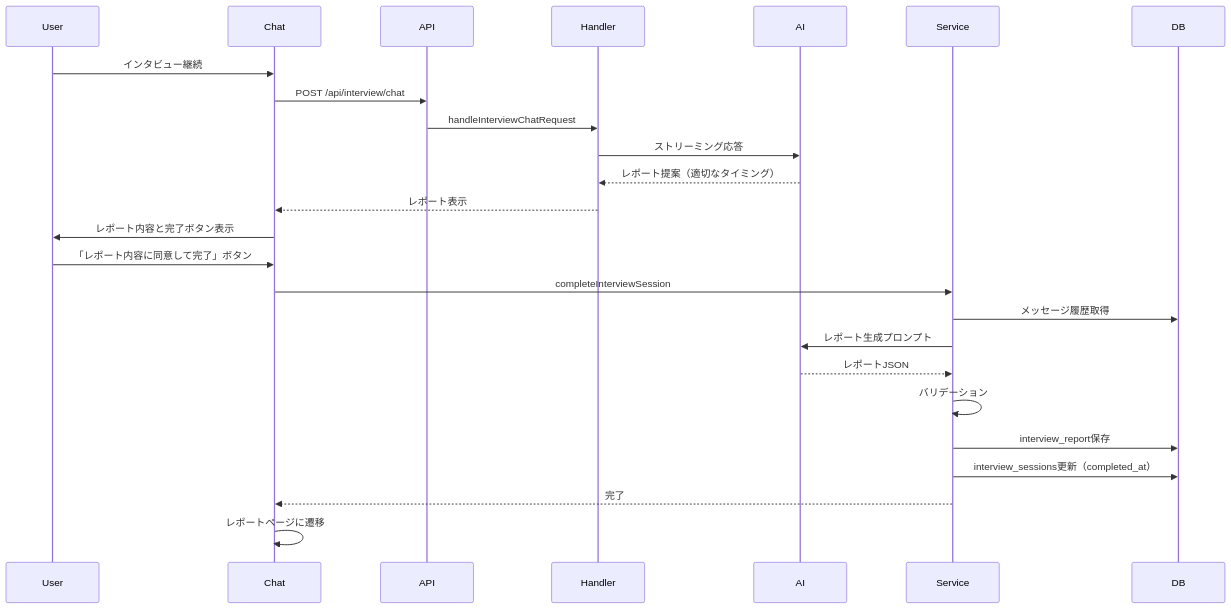
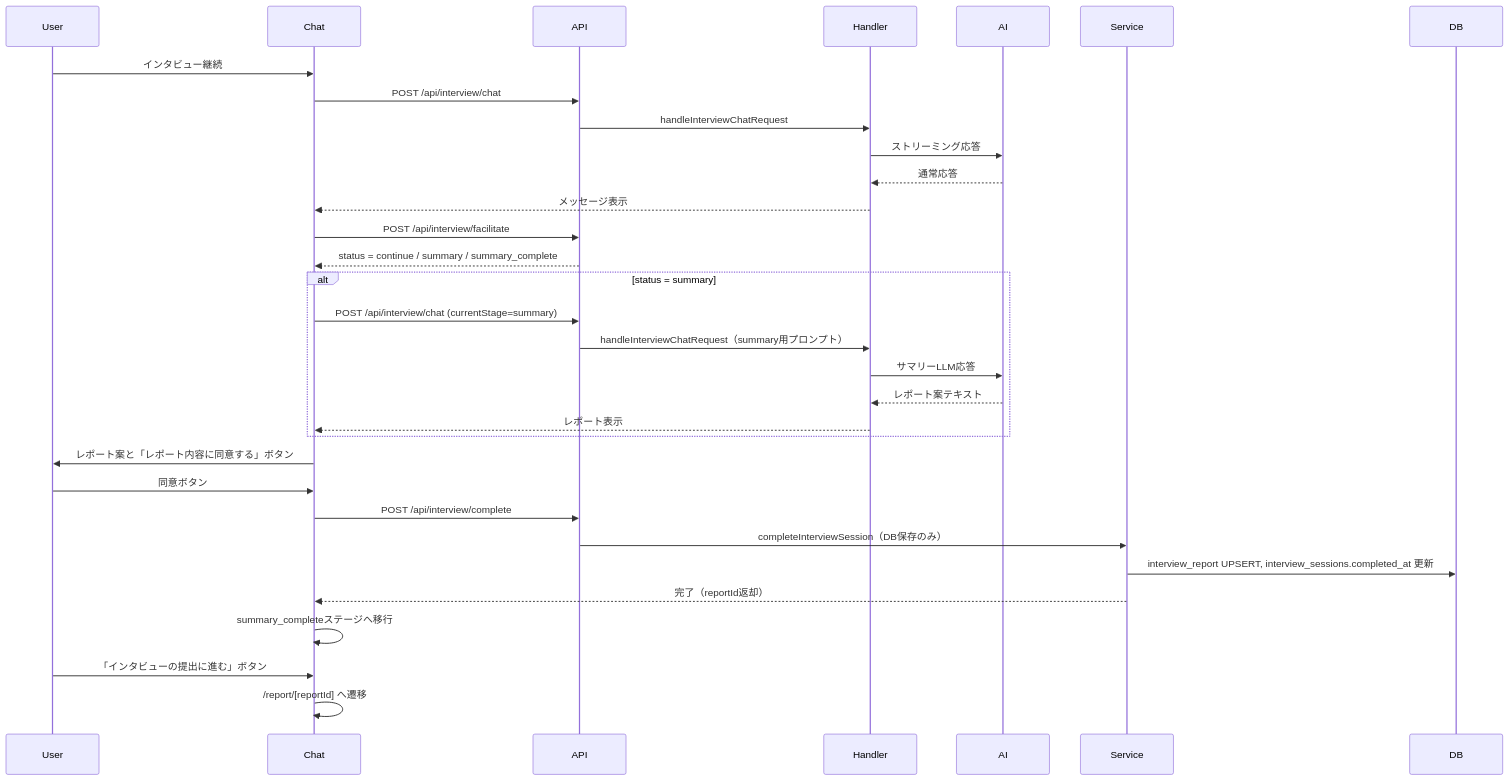
One commit to bakumon1107/mirai-gikai-akitakata-city changed the third of 3 diagrams in docs/20251221_1817_法案インタビュー機能実装計画.md. Above: the diagram before and after it, drawn with Mermaid. The commit also changed other lines of this file and 27 other files, not shown here.

````diff
--- a/docs/20251221_1817_法案インタビュー機能実装計画.md
+++ b/docs/20251221_1817_法案インタビュー機能実装計画.md
@@ -201,28 +247,35 @@
 ```mermaid
 sequenceDiagram
     participant User
     participant Chat
     participant API
     participant Handler
     participant AI
     participant Service
     participant DB
     
     User->>Chat: インタビュー継続
     Chat->>API: POST /api/interview/chat
     API->>Handler: handleInterviewChatRequest
     Handler->>AI: ストリーミング応答
-    AI-->>Handler: レポート提案（適切なタイミング）
-    Handler-->>Chat: レポート表示
-    Chat->>User: レポート内容と完了ボタン表示
-    User->>Chat: 「レポート内容に同意して完了」ボタン
-    Chat->>Service: completeInterviewSession
-    Service->>DB: メッセージ履歴取得
-    Service->>AI: レポート生成プロンプト
-    AI-->>Service: レポートJSON
-    Service->>Service: バリデーション
-    Service->>DB: interview_report保存
-    Service->>DB: interview_sessions更新（completed_at）
-    Service-->>Chat: 完了
-    Chat->>Chat: レポートページに遷移
+    AI-->>Handler: 通常応答
+    Handler-->>Chat: メッセージ表示
+    Chat->>API: POST /api/interview/facilitate
+    API-->>Chat: status = continue / summary / summary_complete
+    alt status = summary
+        Chat->>API: POST /api/interview/chat (currentStage=summary)
+        API->>Handler: handleInterviewChatRequest（summary用プロンプト）
+        Handler->>AI: サマリーLLM応答
+        AI-->>Handler: レポート案テキスト
+        Handler-->>Chat: レポート表示
+    end
+    Chat->>User: レポート案と「レポート内容に同意する」ボタン
+    User->>Chat: 同意ボタン
+    Chat->>API: POST /api/interview/complete
+    API->>Service: completeInterviewSession（DB保存のみ）
+    Service->>DB: interview_report UPSERT, interview_sessions.completed_at 更新
+    Service-->>Chat: 完了（reportId返却）
+    Chat->>Chat: summary_completeステージへ移行
+    User->>Chat: 「インタビューの提出に進む」ボタン
+    Chat->>Chat: /report/[reportId] へ遷移
 ```
````
